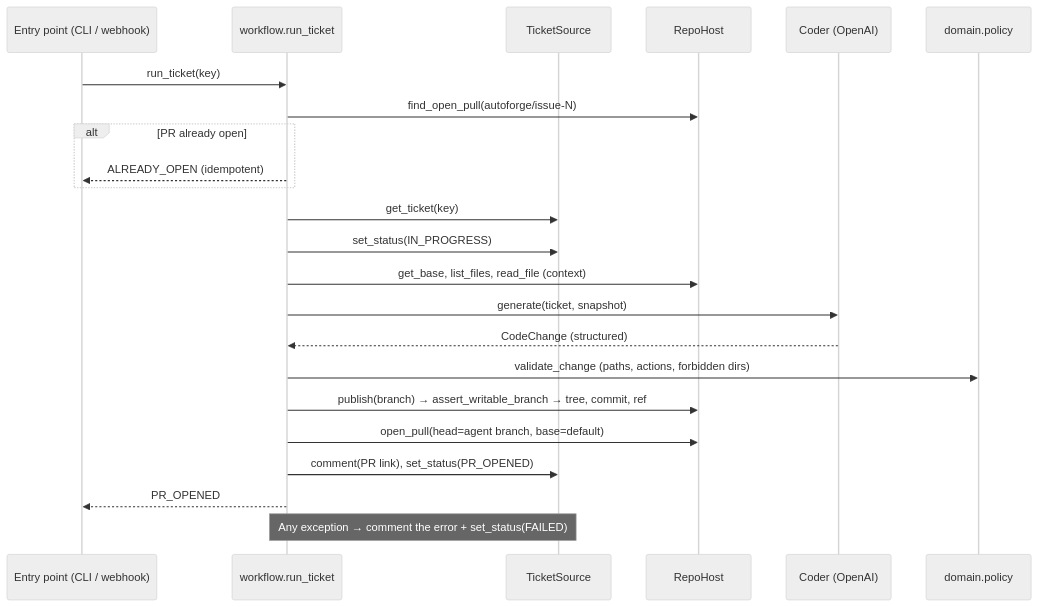
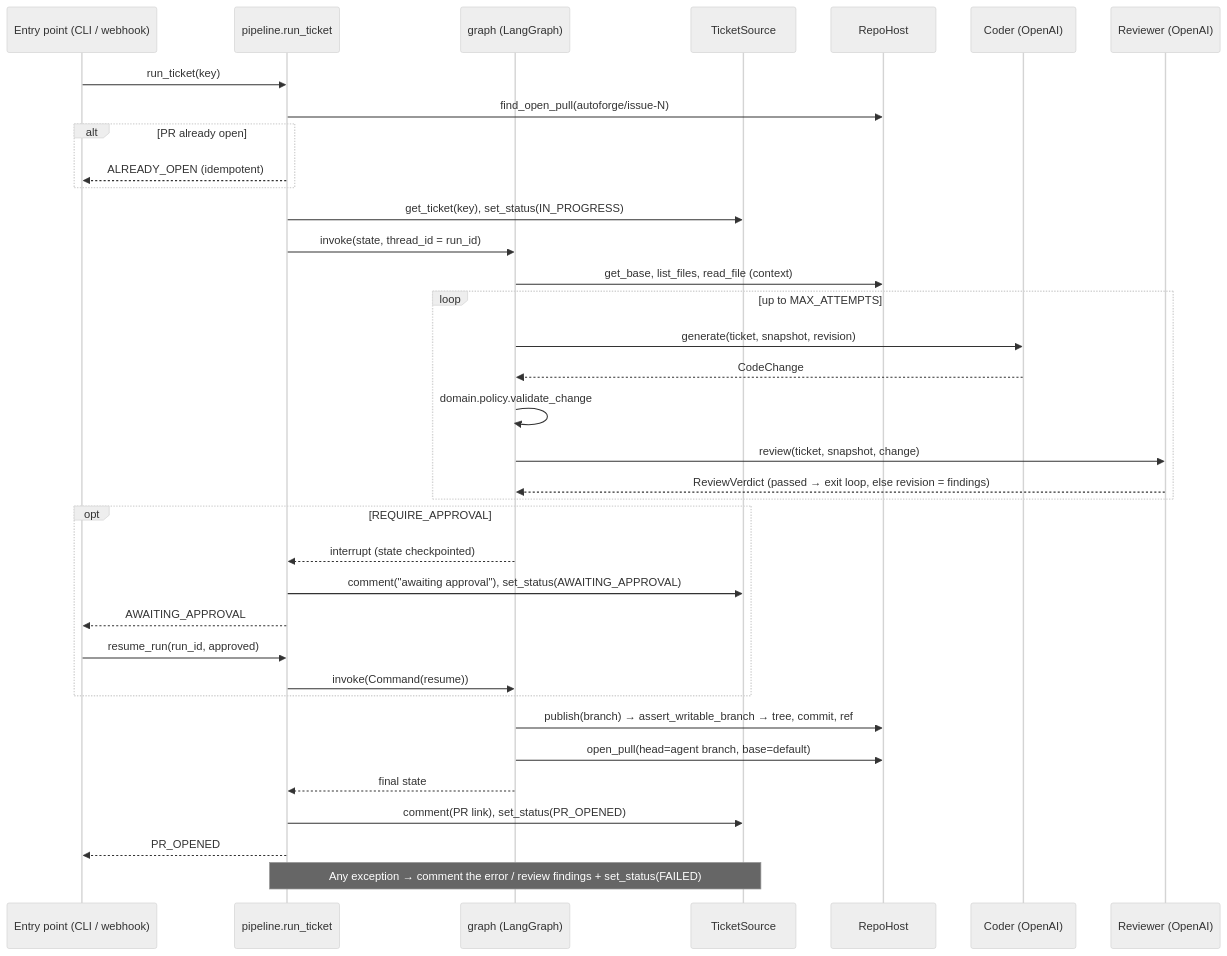
Before and after one commit to SumanthKumar1210/autonomous_coding_agent: the third of 3 diagrams in ARCHITECTURE.md, drawn with Mermaid (neutral theme). The commit also changed other lines of this file and 27 other files, not shown here.

First line of the commit message:
Add LangGraph orchestration with reviewer agent (Phase 1, increment 2)

````diff
--- a/ARCHITECTURE.md
+++ b/ARCHITECTURE.md
@@ -155,26 +183,39 @@
 ```mermaid
 sequenceDiagram
     participant E as Entry point (CLI / webhook)
-    participant W as workflow.run_ticket
+    participant W as pipeline.run_ticket
+    participant G as graph (LangGraph)
     participant T as TicketSource
     participant R as RepoHost
     participant C as Coder (OpenAI)
-    participant P as domain.policy
+    participant V as Reviewer (OpenAI)
 
     E->>W: run_ticket(key)
     W->>R: find_open_pull(autoforge/issue-N)
     alt PR already open
         W-->>E: ALREADY_OPEN (idempotent)
     end
-    W->>T: get_ticket(key)
-    W->>T: set_status(IN_PROGRESS)
-    W->>R: get_base, list_files, read_file (context)
-    W->>C: generate(ticket, snapshot)
-    C-->>W: CodeChange (structured)
-    W->>P: validate_change (paths, actions, forbidden dirs)
-    W->>R: publish(branch) → assert_writable_branch → tree, commit, ref
-    W->>R: open_pull(head=agent branch, base=default)
+    W->>T: get_ticket(key), set_status(IN_PROGRESS)
+    W->>G: invoke(state, thread_id = run_id)
+    G->>R: get_base, list_files, read_file (context)
+    loop up to MAX_ATTEMPTS
+        G->>C: generate(ticket, snapshot, revision)
+        C-->>G: CodeChange
+        G->>G: domain.policy.validate_change
+        G->>V: review(ticket, snapshot, change)
+        V-->>G: ReviewVerdict (passed → exit loop, else revision = findings)
+    end
+    opt REQUIRE_APPROVAL
+        G-->>W: interrupt (state checkpointed)
+        W->>T: comment("awaiting approval"), set_status(AWAITING_APPROVAL)
+        W-->>E: AWAITING_APPROVAL
+        E->>W: resume_run(run_id, approved)
+        W->>G: invoke(Command(resume))
+    end
+    G->>R: publish(branch) → assert_writable_branch → tree, commit, ref
+    G->>R: open_pull(head=agent branch, base=default)
+    G-->>W: final state
     W->>T: comment(PR link), set_status(PR_OPENED)
     W-->>E: PR_OPENED
-    Note over W,T: Any exception → comment the error + set_status(FAILED)
+    Note over W,T: Any exception → comment the error / review findings + set_status(FAILED)
 ```
````
